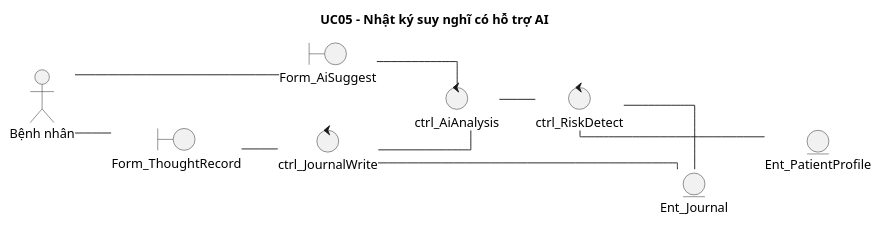
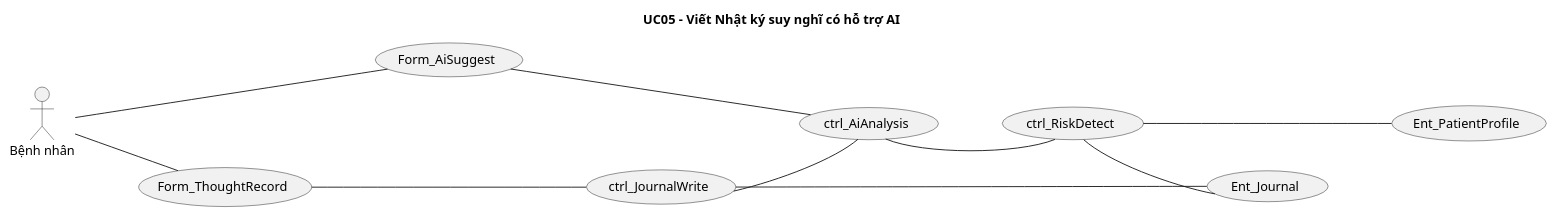
One commit to phuongtech24/do_an changed the diagram in docs/diagrams/Bieudolop/uc05_thought_record_ai_bieudolop.puml. Above: the diagram before and after it, drawn with PlantUML. The commit also changed 61 other files, not shown here.

```diff
--- a/docs/diagrams/Bieudolop/uc05_thought_record_ai_bieudolop.puml
+++ b/docs/diagrams/Bieudolop/uc05_thought_record_ai_bieudolop.puml
@@ -1,31 +1,42 @@
 @startuml
 skinparam defaultFontName "Times New Roman"
 skinparam shadowing false
 skinparam monochrome true
-skinparam linetype ortho
-skinparam nodesep 45
-skinparam ranksep 40
-title UC05 - Nhật ký suy nghĩ có hỗ trợ AI
+skinparam nodesep 80
+skinparam ranksep 70
+skinparam usecaseFontSize 14
 left to right direction
+title UC05 - Viết Nhật ký suy nghĩ có hỗ trợ AI
+
 actor "Bệnh nhân" as A
-boundary "Form_ThoughtRecord" as B1
-boundary "Form_AiSuggest" as B2
-control "ctrl_JournalWrite" as C1
-control "ctrl_AiAnalysis" as C2
-control "ctrl_RiskDetect" as C3
-entity "Ent_Journal" as E1
-entity "Ent_PatientProfile" as E2
-B1 -[hidden]down-> B2
-C1 -[hidden]down-> C2
-C2 -[hidden]down-> C3
-E1 -[hidden]down-> E2
+
+usecase "Form_ThoughtRecord" as B1
+usecase "Form_AiSuggest" as B2
+
+usecase "ctrl_JournalWrite" as C1
+usecase "ctrl_AiAnalysis" as C2
+usecase "ctrl_RiskDetect" as C3
+
+usecase "Ent_Journal" as E1
+usecase "Ent_PatientProfile" as E2
+
 A -- B1
 A -- B2
+
 B1 -- C1
 B2 -- C2
+
 C1 -- C2
 C2 -- C3
+
 C1 -- E1
 C3 -- E1
 C3 -- E2
+
+B1 -[hidden]-> B2
+B2 -[hidden]-> C1
+C1 -[hidden]-> C2
+C2 -[hidden]-> C3
+C3 -[hidden]-> E1
+E1 -[hidden]down-> E2
 @enduml
```
